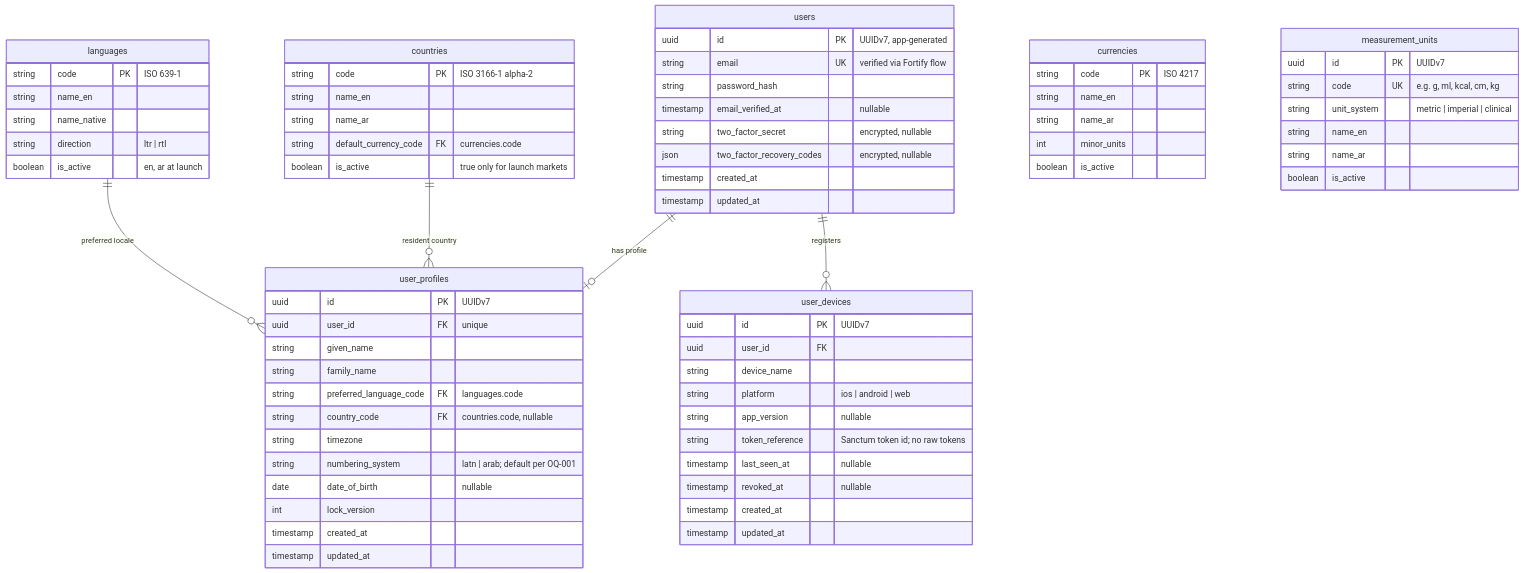
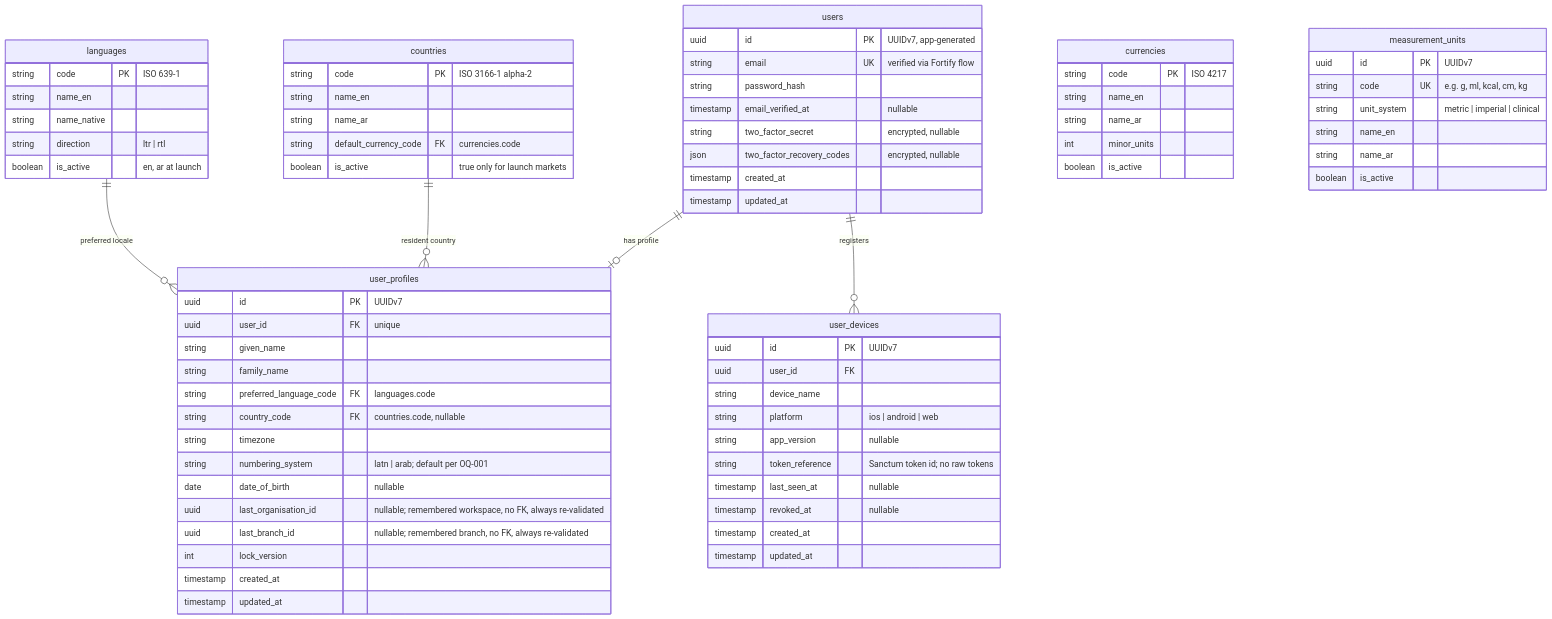
The first of 4 diagrams in docs/architecture/foundation-erd.md (wztechno/healthlyzone360), drawn with Mermaid before and after one commit. The commit also changed other lines of this file and 85 other files, not shown here.

````diff
--- a/docs/architecture/foundation-erd.md
+++ b/docs/architecture/foundation-erd.md
@@ -15,79 +15,81 @@
 ```mermaid
 erDiagram
     users ||--o| user_profiles : "has profile"
     users ||--o{ user_devices : "registers"
     countries ||--o{ user_profiles : "resident country"
     languages ||--o{ user_profiles : "preferred locale"
 
     users {
         uuid id PK "UUIDv7, app-generated"
         string email UK "verified via Fortify flow"
         string password_hash
         timestamp email_verified_at "nullable"
         string two_factor_secret "encrypted, nullable"
         json two_factor_recovery_codes "encrypted, nullable"
         timestamp created_at
         timestamp updated_at
     }
 
     user_profiles {
         uuid id PK "UUIDv7"
         uuid user_id FK "unique"
         string given_name
         string family_name
         string preferred_language_code FK "languages.code"
         string country_code FK "countries.code, nullable"
         string timezone
         string numbering_system "latn | arab; default per OQ-001"
         date date_of_birth "nullable"
+        uuid last_organisation_id "nullable; remembered workspace, no FK, always re-validated"
+        uuid last_branch_id "nullable; remembered branch, no FK, always re-validated"
         int lock_version
         timestamp created_at
         timestamp updated_at
     }
 
     user_devices {
         uuid id PK "UUIDv7"
         uuid user_id FK
         string device_name
         string platform "ios | android | web"
         string app_version "nullable"
         string token_reference "Sanctum token id; no raw tokens"
         timestamp last_seen_at "nullable"
         timestamp revoked_at "nullable"
         timestamp created_at
         timestamp updated_at
     }
 
     countries {
         string code PK "ISO 3166-1 alpha-2"
         string name_en
         string name_ar
         string default_currency_code FK "currencies.code"
         boolean is_active "true only for launch markets"
     }
 
     currencies {
         string code PK "ISO 4217"
         string name_en
         string name_ar
         int minor_units
         boolean is_active
     }
 
     languages {
         string code PK "ISO 639-1"
         string name_en
         string name_native
         string direction "ltr | rtl"
         boolean is_active "en, ar at launch"
     }
 
     measurement_units {
         uuid id PK "UUIDv7"
         string code UK "e.g. g, ml, kcal, cm, kg"
         string unit_system "metric | imperial | clinical"
         string name_en
         string name_ar
         boolean is_active
     }
 ```
````
